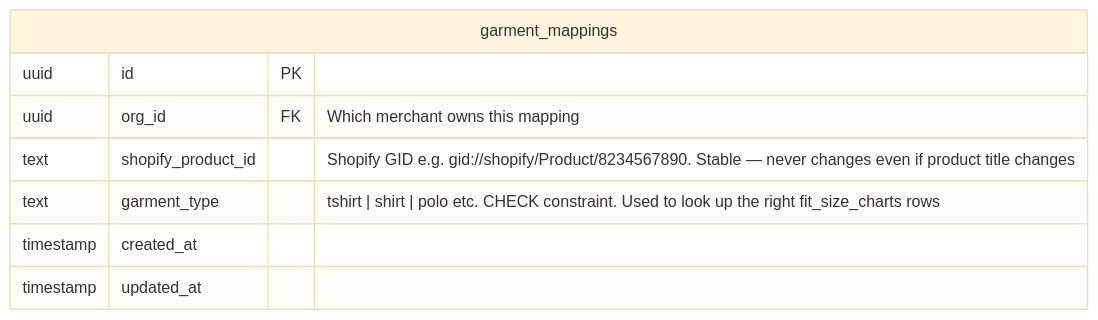
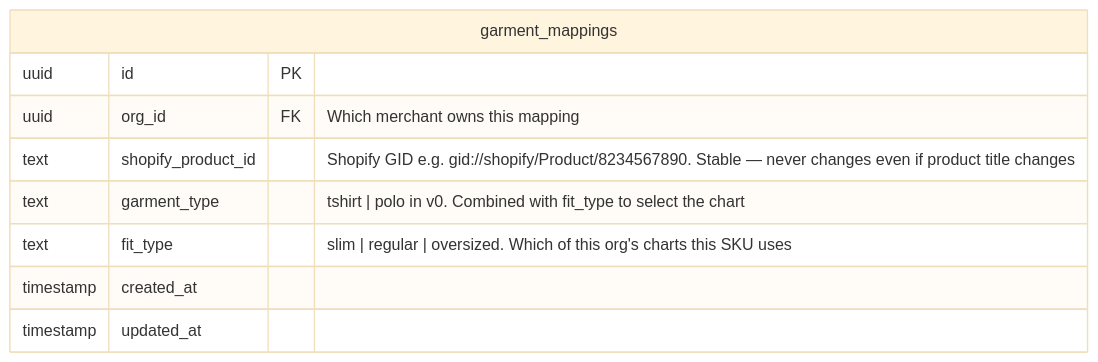
Before and after one commit to Planicle-labs/Snug: the sixth of 11 diagrams in docs/schema-uml.md, drawn with Mermaid (base theme). The commit also changed other lines of this file and 20 other files, not shown here.

Commit message:
feat(db): whole schema revamp

````diff
--- a/docs/schema-uml.md
+++ b/docs/schema-uml.md
@@ -315,11 +317,12 @@
 ```mermaid
 erDiagram
   garment_mappings {
     uuid id PK
     uuid org_id FK "Which merchant owns this mapping"
     text shopify_product_id "Shopify GID e.g. gid://shopify/Product/8234567890. Stable — never changes even if product title changes"
-    text garment_type "tshirt | shirt | polo etc. CHECK constraint. Used to look up the right fit_size_charts rows"
+    text garment_type "tshirt | polo in v0. Combined with fit_type to select the chart"
+    text fit_type "slim | regular | oversized. Which of this org's charts this SKU uses"
     timestamp created_at
     timestamp updated_at
   }
 ```
````
